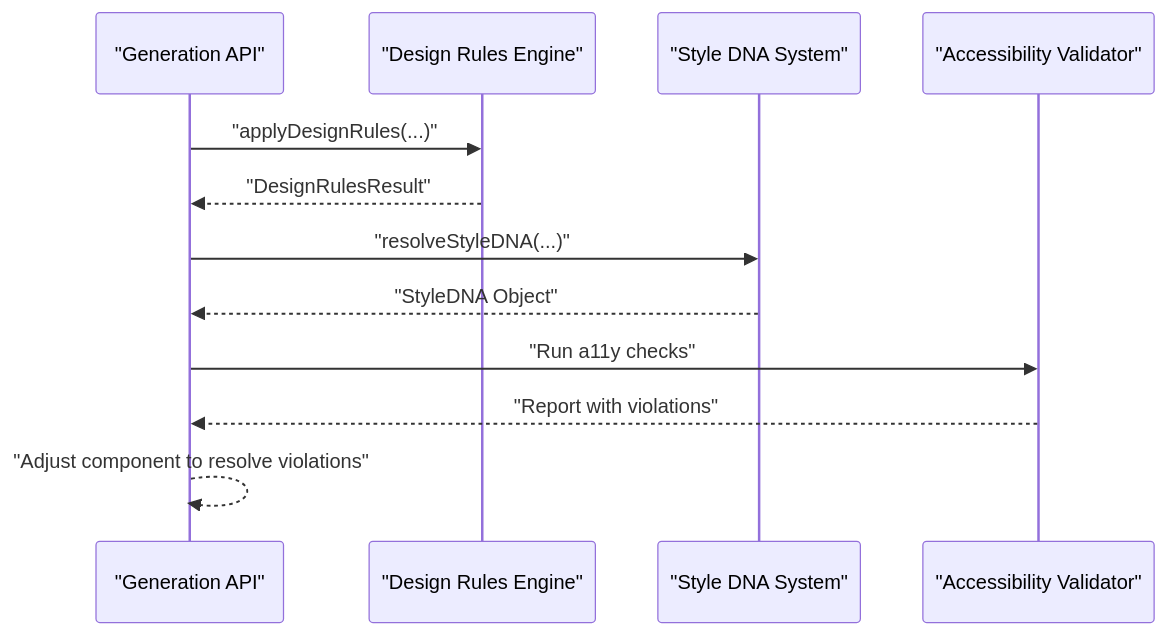
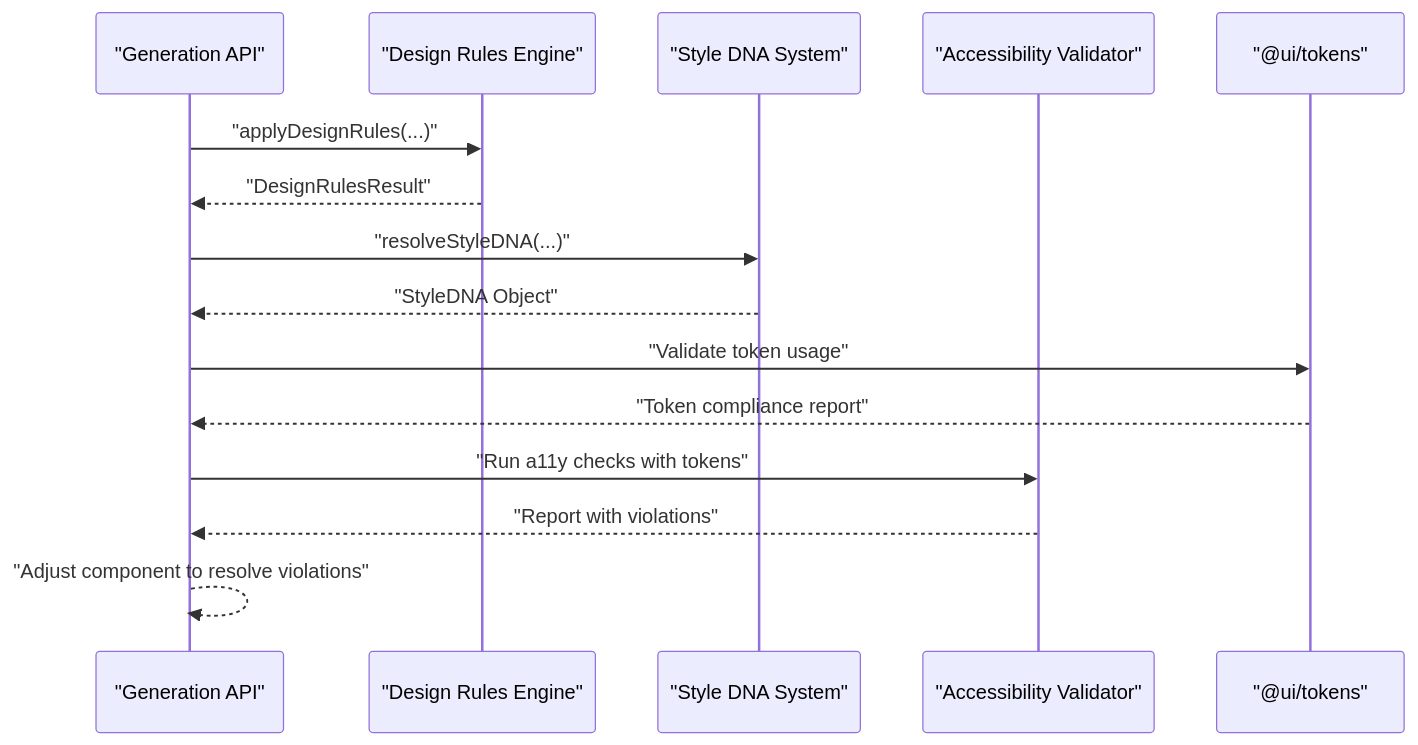
One commit to shekhargiri005-dotcom/AI-powered-accessibility-first-UI-engine changed the seventh of 9 diagrams in .qoder/repowiki/en/content/UI Component System/Design System Integration.md. Above: the diagram before and after it, drawn with Mermaid. The commit also changed other lines of this file and 22 other files, not shown here.

````diff
--- a/.qoder/repowiki/en/content/UI Component System/Design System Integration.md
+++ b/.qoder/repowiki/en/content/UI Component System/Design System Integration.md
@@ -444,14 +590,17 @@
 ```mermaid
 sequenceDiagram
 participant Gen as "Generation API"
 participant DR as "Design Rules Engine"
 participant SDNA as "Style DNA System"
 participant AXE as "Accessibility Validator"
+participant Tokens as "@ui/tokens"
 Gen->>DR : "applyDesignRules(...)"
 DR-->>Gen : "DesignRulesResult"
 Gen->>SDNA : "resolveStyleDNA(...)"
 SDNA-->>Gen : "StyleDNA Object"
-Gen->>AXE : "Run a11y checks"
+Gen->>Tokens : "Validate token usage"
+Tokens-->>Gen : "Token compliance report"
+Gen->>AXE : "Run a11y checks with tokens"
 AXE-->>Gen : "Report with violations"
 Gen-->>Gen : "Adjust component to resolve violations"
 ```
````
